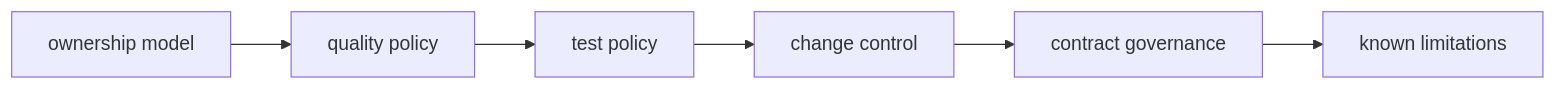
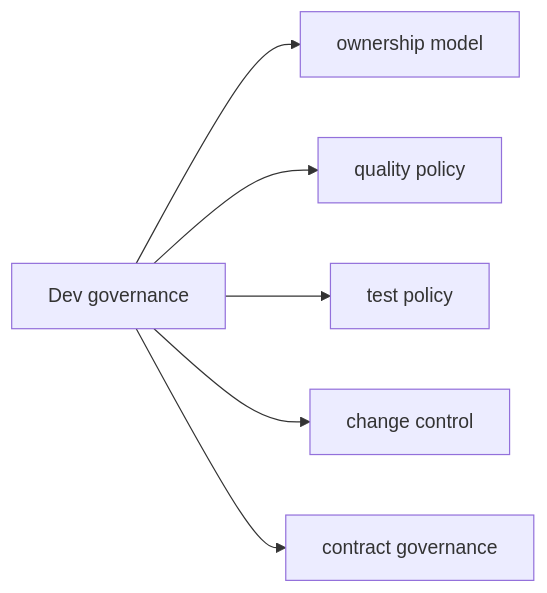
One commit to bijux/bijux-cli changed the diagram in docs/bijux-dev/governance/index.md. Above: the diagram before and after it, drawn with Mermaid. The commit also changed other lines of this file, not shown here.

Commit message:
docs(dev-governance): simplify the policy entry surface

````diff
--- a/docs/bijux-dev/governance/index.md
+++ b/docs/bijux-dev/governance/index.md
@@ -22,8 +22,8 @@
 ```mermaid
 flowchart LR
-    ownership[ownership model] --> quality[quality policy]
-    quality --> tests[test policy]
-    tests --> change[change control]
-    change --> contracts[contract governance]
-    contracts --> limits[known limitations]
+    governance["Dev governance"] --> ownership["ownership model"]
+    governance --> quality["quality policy"]
+    governance --> tests["test policy"]
+    governance --> change["change control"]
+    governance --> contracts["contract governance"]
 ```
````
